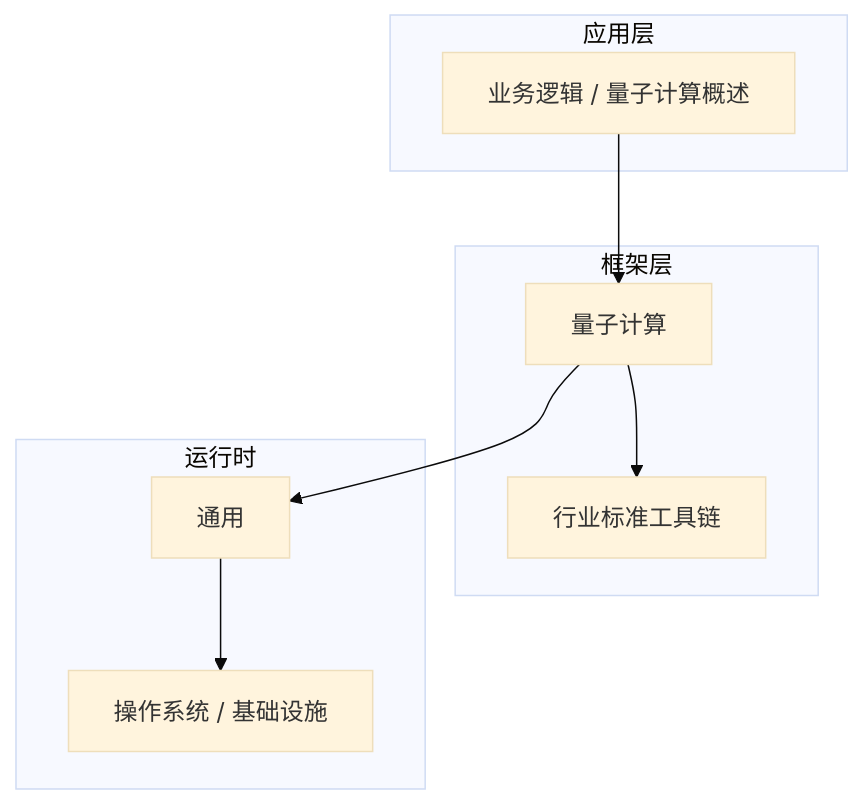
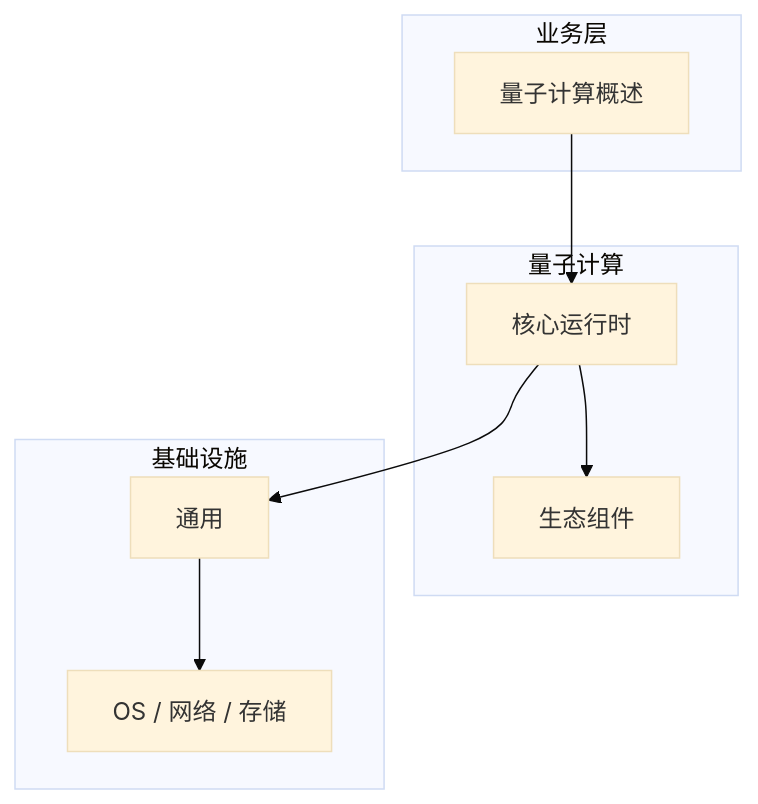
One commit to yanggan2015/knowledge-json-v2 changed the diagram in articles/量子计算/chapters/001-量子计算概述核心概念与原理.md. Above: the diagram before and after it, drawn with Mermaid (base theme). The commit also changed other lines of this file and 10127 other files, not shown here.

````diff
--- a/articles/量子计算/chapters/001-量子计算概述核心概念与原理.md
+++ b/articles/量子计算/chapters/001-量子计算概述核心概念与原理.md
@@ -45,18 +30,18 @@
 ```mermaid
 graph TB
-    subgraph 应用层
-        A[业务逻辑 / 量子计算概述]
+    subgraph 业务层
+        A[量子计算概述]
     end
-    subgraph 框架层
-        B[量子计算]
-        C[行业标准工具链]
+    subgraph 量子计算
+        B[核心运行时]
+        C[生态组件]
     end
-    subgraph 运行时
+    subgraph 基础设施
         D[通用]
-        E[操作系统 / 基础设施]
+        E[OS / 网络 / 存储]
     end
     A --> B
     B --> C
     B --> D
     D --> E
 ```
````
